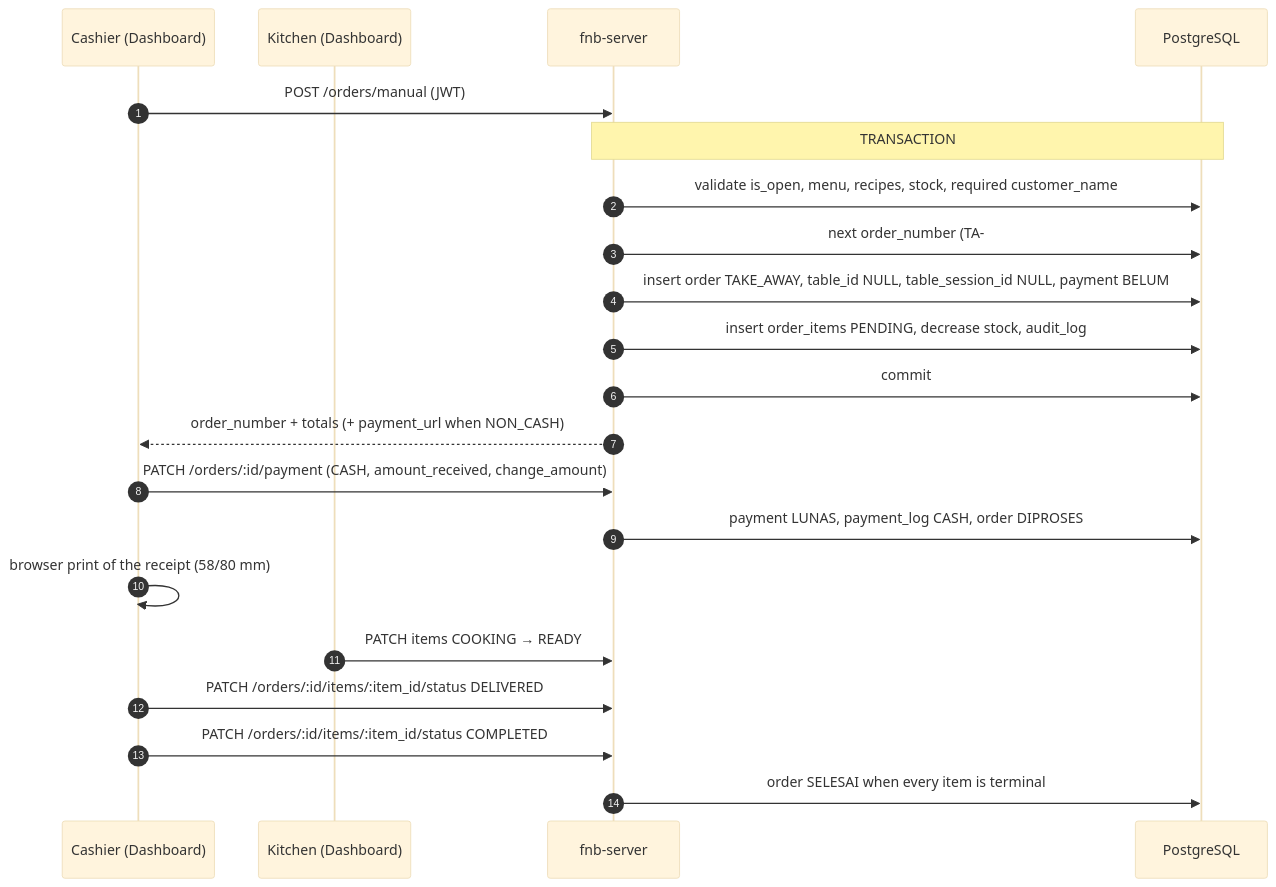
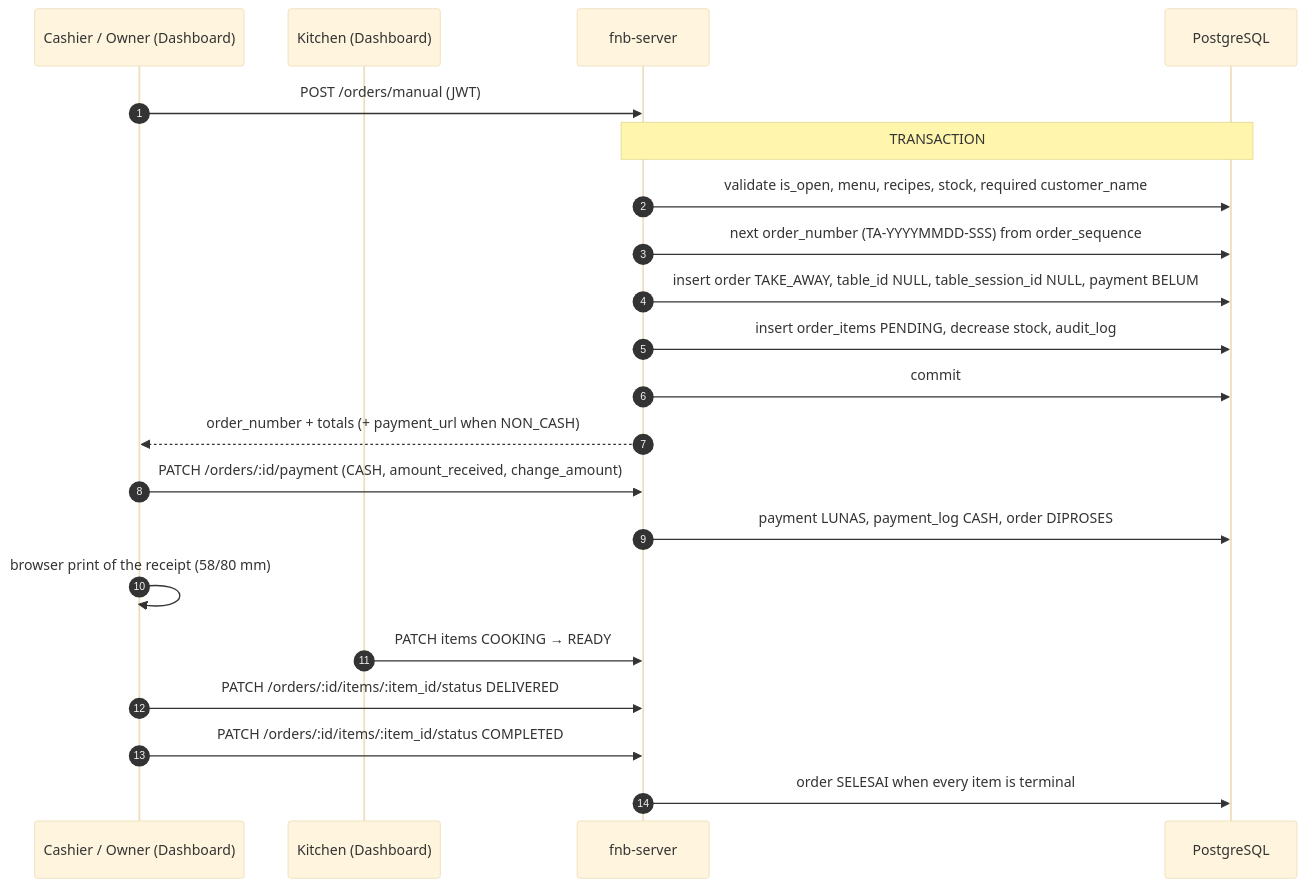
Before and after one commit to darmawandoni6/fnb-app: the third of 12 diagrams in docs/flow.md, drawn with Mermaid (base theme). The commit also changed other lines of this file and 18 other files, not shown here.

First line of the commit message:
feat(orders): let owner create take away orders and cashier cancel unpaid ones

````diff
--- a/docs/flow.md
+++ b/docs/flow.md
@@ -105,26 +105,26 @@
 ```mermaid
 sequenceDiagram
     autonumber
-    participant K as Cashier (Dashboard)
+    participant K as Cashier / Owner (Dashboard)
     participant D as Kitchen (Dashboard)
     participant API as fnb-server
     participant DB as PostgreSQL
 
     K->>API: POST /orders/manual (JWT)
     Note over API,DB: TRANSACTION
     API->>DB: validate is_open, menu, recipes, stock, required customer_name
-    API->>DB: next order_number (TA-###) from order_sequence
+    API->>DB: next order_number (TA-YYYYMMDD-SSS) from order_sequence
     API->>DB: insert order TAKE_AWAY, table_id NULL, table_session_id NULL, payment BELUM
     API->>DB: insert order_items PENDING, decrease stock, audit_log
     API->>DB: commit
     API-->>K: order_number + totals (+ payment_url when NON_CASH)
 
     K->>API: PATCH /orders/:id/payment (CASH, amount_received, change_amount)
     API->>DB: payment LUNAS, payment_log CASH, order DIPROSES
     K->>K: browser print of the receipt (58/80 mm)
 
     D->>API: PATCH items COOKING → READY
     K->>API: PATCH /orders/:id/items/:item_id/status DELIVERED
     K->>API: PATCH /orders/:id/items/:item_id/status COMPLETED
     API->>DB: order SELESAI when every item is terminal
 ```
````
